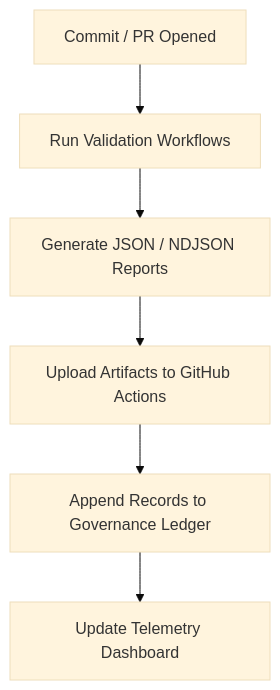
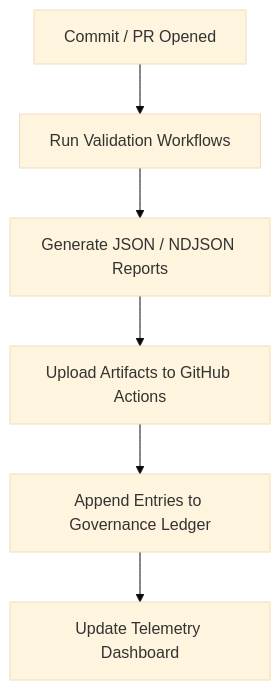
One commit to bartytime4life/Kansas-Frontier-Matrix changed the diagram in docs/reports/self-validation/README.md. Above: the diagram before and after it, drawn with Mermaid (base theme). The commit also changed other lines of this file, not shown here.

````diff
--- a/docs/reports/self-validation/README.md
+++ b/docs/reports/self-validation/README.md
@@ -95,8 +95,8 @@
 ```mermaid
 flowchart TD
 A["Commit / PR Opened"] --> B["Run Validation Workflows"]
 B --> C["Generate JSON / NDJSON Reports"]
 C --> D["Upload Artifacts to GitHub Actions"]
-D --> E["Append Records to Governance Ledger"]
+D --> E["Append Entries to Governance Ledger"]
 E --> F["Update Telemetry Dashboard"]
 ```
````
